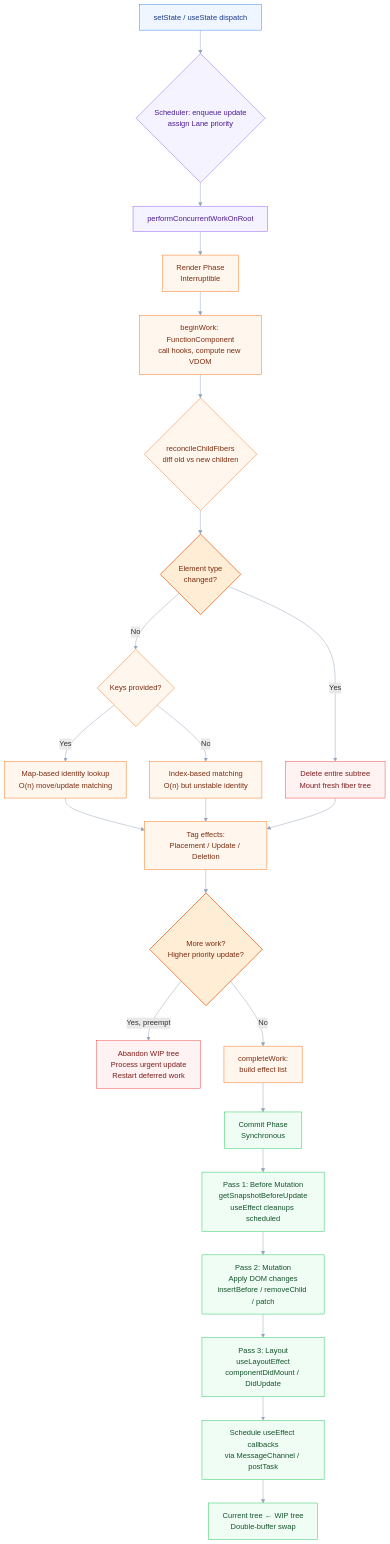
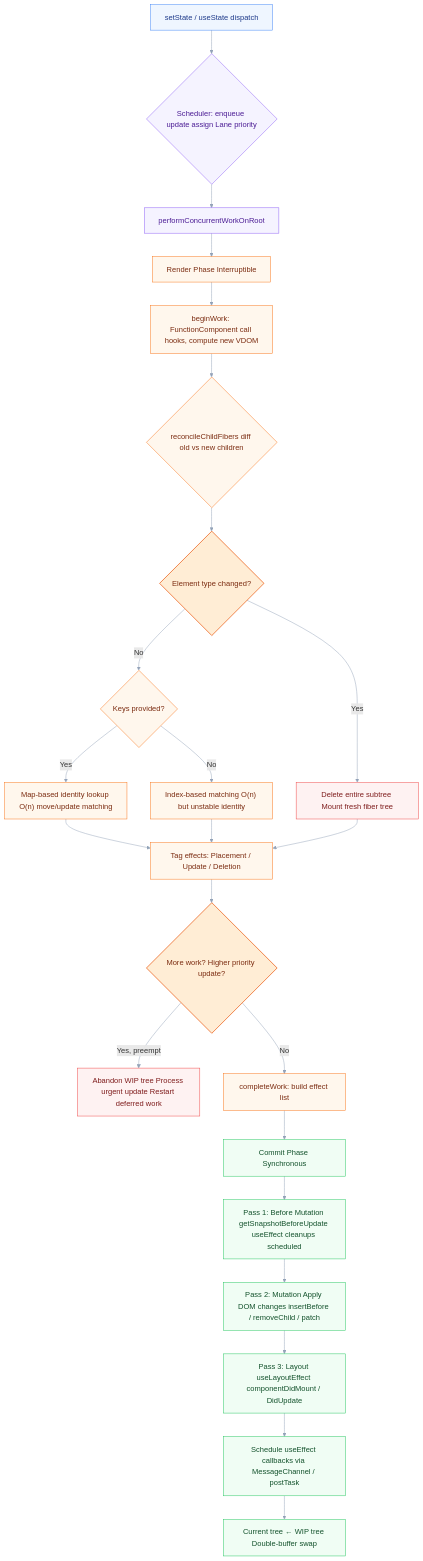
Before and after one commit to vinayakhumberi/litmus: the first of 2 diagrams in data/topics/react-reconciliation.md, drawn with Mermaid. The commit also changed 68 other files, not shown here.

````diff
--- a/data/topics/react-reconciliation.md
+++ b/data/topics/react-reconciliation.md
@@ -260,55 +260,55 @@
 ```mermaid
 graph TD
-    A["setState / useState dispatch"] --> B{"Scheduler: enqueue update<br>assign Lane priority"}
+    A["setState / useState dispatch"] --> B{"Scheduler: enqueue update assign Lane priority"}
     B --> C["performConcurrentWorkOnRoot"]
-    C --> D["Render Phase<br>Interruptible"]
+    C --> D["Render Phase Interruptible"]
     
-    D --> E["beginWork: FunctionComponent<br>call hooks, compute new VDOM"]
-    E --> F{"reconcileChildFibers<br>diff old vs new children"}
+    D --> E["beginWork: FunctionComponent call hooks, compute new VDOM"]
+    E --> F{"reconcileChildFibers diff old vs new children"}
     
-    F --> G{"Element type<br>changed?"}
-    G -- Yes --> H["Delete entire subtree<br>Mount fresh fiber tree"]
+    F --> G{"Element type changed?"}
+    G -- Yes --> H["Delete entire subtree Mount fresh fiber tree"]
     G -- No --> I{"Keys provided?"}
     
-    I -- Yes --> J["Map-based identity lookup<br>O(n) move/update matching"]
-    I -- No --> K["Index-based matching<br>O(n) but unstable identity"]
+    I -- Yes --> J["Map-based identity lookup O(n) move/update matching"]
+    I -- No --> K["Index-based matching O(n) but unstable identity"]
     
-    J --> L["Tag effects:<br>Placement / Update / Deletion"]
+    J --> L["Tag effects: Placement / Update / Deletion"]
     K --> L
     H --> L
     
-    L --> M{"More work?<br>Higher priority update?"}
-    M -- Yes, preempt --> N["Abandon WIP tree<br>Process urgent update<br>Restart deferred work"]
-    M -- No --> O["completeWork:<br>build effect list"]
+    L --> M{"More work? Higher priority update?"}
+    M -- Yes, preempt --> N["Abandon WIP tree Process urgent update Restart deferred work"]
+    M -- No --> O["completeWork: build effect list"]
     
-    O --> P["Commit Phase<br>Synchronous"]
-    P --> Q["Pass 1: Before Mutation<br>getSnapshotBeforeUpdate<br>useEffect cleanups scheduled"]
-    Q --> R["Pass 2: Mutation<br>Apply DOM changes<br>insertBefore / removeChild / patch"]
-    R --> S["Pass 3: Layout<br>useLayoutEffect<br>componentDidMount / DidUpdate"]
-    S --> T["Schedule useEffect callbacks<br>via MessageChannel / postTask"]
-    T --> U["Current tree ← WIP tree<br>Double-buffer swap"]
+    O --> P["Commit Phase Synchronous"]
+    P --> Q["Pass 1: Before Mutation getSnapshotBeforeUpdate useEffect cleanups scheduled"]
+    Q --> R["Pass 2: Mutation Apply DOM changes insertBefore / removeChild / patch"]
+    R --> S["Pass 3: Layout useLayoutEffect componentDidMount / DidUpdate"]
+    S --> T["Schedule useEffect callbacks via MessageChannel / postTask"]
+    T --> U["Current tree ← WIP tree Double-buffer swap"]
 
     %% Class Definitions for Elegant Styling
     classDef default fill:#f9f9fa,stroke:#cbd5e1,stroke-width:1px,color:#334155,font-family:sans-serif;
     
     classDef trigger fill:#eff6ff,stroke:#3b82f6,stroke-width:1px,color:#1e3a8a;
     classDef schedule fill:#f5f3ff,stroke:#8b5cf6,stroke-width:1px,color:#4c1d95;
     
     classDef render fill:#fff7ed,stroke:#f97316,stroke-width:1px,color:#7c2d12;
     classDef renderDecision fill:#ffedd5,stroke:#ea580c,stroke-width:1.5px,color:#7c2d12;
     
     classDef commit fill:#f0fdf4,stroke:#22c55e,stroke-width:1px,color:#14532d;
     
     classDef alert fill:#fef2f2,stroke:#ef4444,stroke-width:1px,color:#7f1d1d;
 
     %% Apply Classes to Nodes
     class A trigger;
     class B,C schedule;
     class D,E,F,I,J,K,L,O render;
     class G,M renderDecision;
     class H,N alert;
     class P,Q,R,S,T,U commit;
 
     %% Link Styling (Spaces removed between CSS property definitions)
     linkStyle default stroke:#94a3b8,stroke-width:1px,fill:none;
 ```
````
